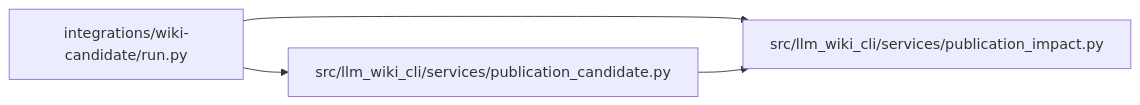
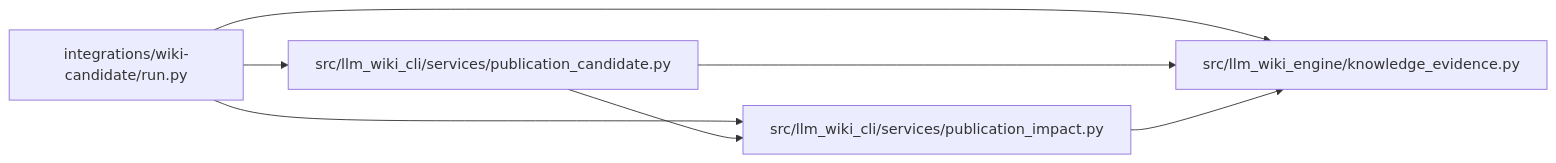
Before and after one commit to Denissvgn/python-wiki-llm: the diagram in docs/llm_wiki/modules/run.md, drawn with Mermaid. The commit also changed other lines of this file and 509 other files, not shown here.

First line of the commit message:
docs: refresh the wiki for the deprecated engine aliases

````diff
--- a/docs/llm_wiki/modules/run.md
+++ b/docs/llm_wiki/modules/run.md
@@ -28,12 +28,17 @@
 ```mermaid
 flowchart LR
     n0["integrations/wiki-candidate/run.py"]
     n1["src/llm_wiki_cli/services/publication_candidate.py"]
     n2["src/llm_wiki_cli/services/publication_impact.py"]
+    n3["src/llm_wiki_engine/knowledge_evidence.py"]
     n0 --> n1
     n0 --> n2
+    n0 --> n3
     n1 --> n2
+    n1 --> n3
+    n2 --> n3
     click n0 "../modules/run.md"
     click n1 "../modules/publication_candidate.md"
     click n2 "../modules/publication_impact.md"
+    click n3 "../modules/knowledge_evidence.md"
 ```
````
